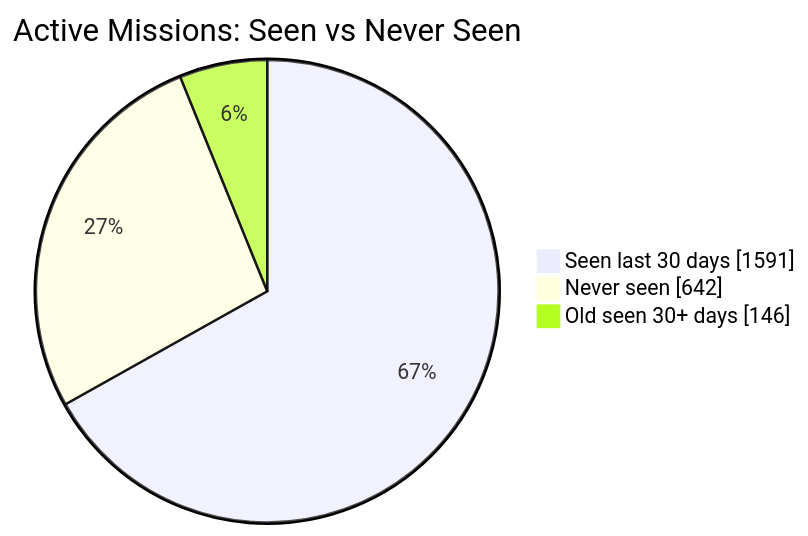
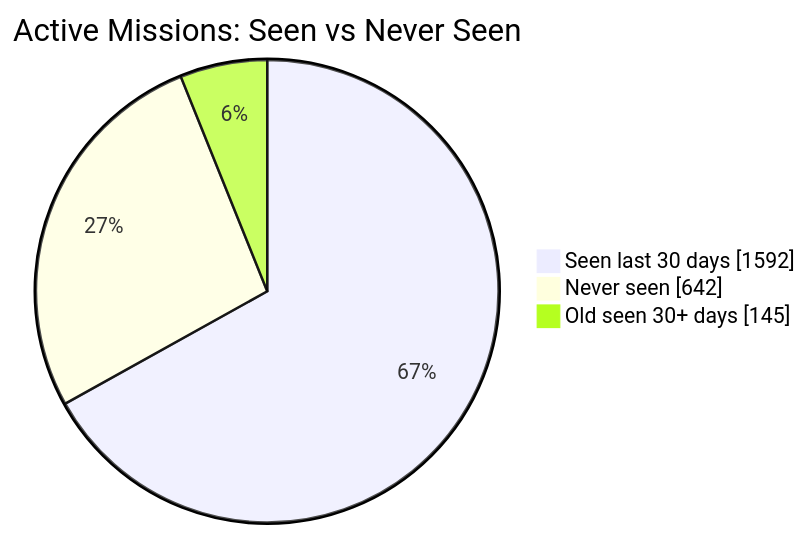
The first of 2 diagrams in README.md (MeldkamerspelGameTeam/active-missions), drawn with Mermaid before and after one commit. The commit also changed other lines of this file and 2 other files, not shown here.

````diff
--- a/README.md
+++ b/README.md
@@ -34,7 +34,7 @@
 ```mermaid
 pie showData
     title Active Missions: Seen vs Never Seen
-    "Seen last 30 days" : 1591
+    "Seen last 30 days" : 1592
     "Never seen" : 642
-    "Old seen 30+ days" : 146
+    "Old seen 30+ days" : 145
 ```
````
